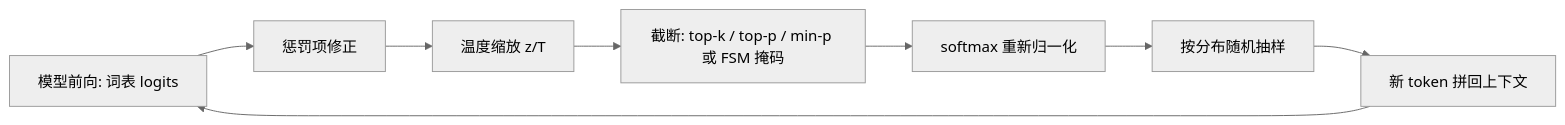
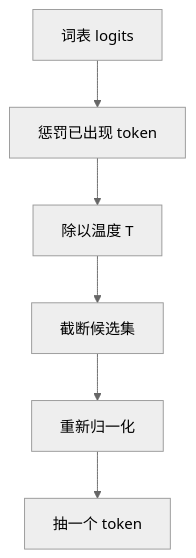
One commit to ChaoyuWang04/MockInterview changed the diagram in knowledge/04-Infra/01-原理/解码策略.md. Above: the diagram before and after it, drawn with Mermaid (neutral theme). The commit also changed other lines of this file and 17 other files, not shown here.

````diff
--- a/knowledge/04-Infra/01-原理/解码策略.md
+++ b/knowledge/04-Infra/01-原理/解码策略.md
@@ -136,10 +173,8 @@
 ```mermaid
-flowchart LR
-    A[模型前向: 词表 logits] --> B[惩罚项修正]
-    B --> C[温度缩放 z/T]
-    C --> D[截断: top-k / top-p / min-p 或 FSM 掩码]
-    D --> E[softmax 重新归一化]
-    E --> F[按分布随机抽样]
-    F --> G[新 token 拼回上下文]
-    G --> A
+flowchart TD
+    A["词表 logits"] --> B["惩罚已出现 token"]
+    B --> C["除以温度 T"]
+    C --> D["截断候选集"]
+    D --> E["重新归一化"]
+    E --> F["抽一个 token"]
 ```
````
